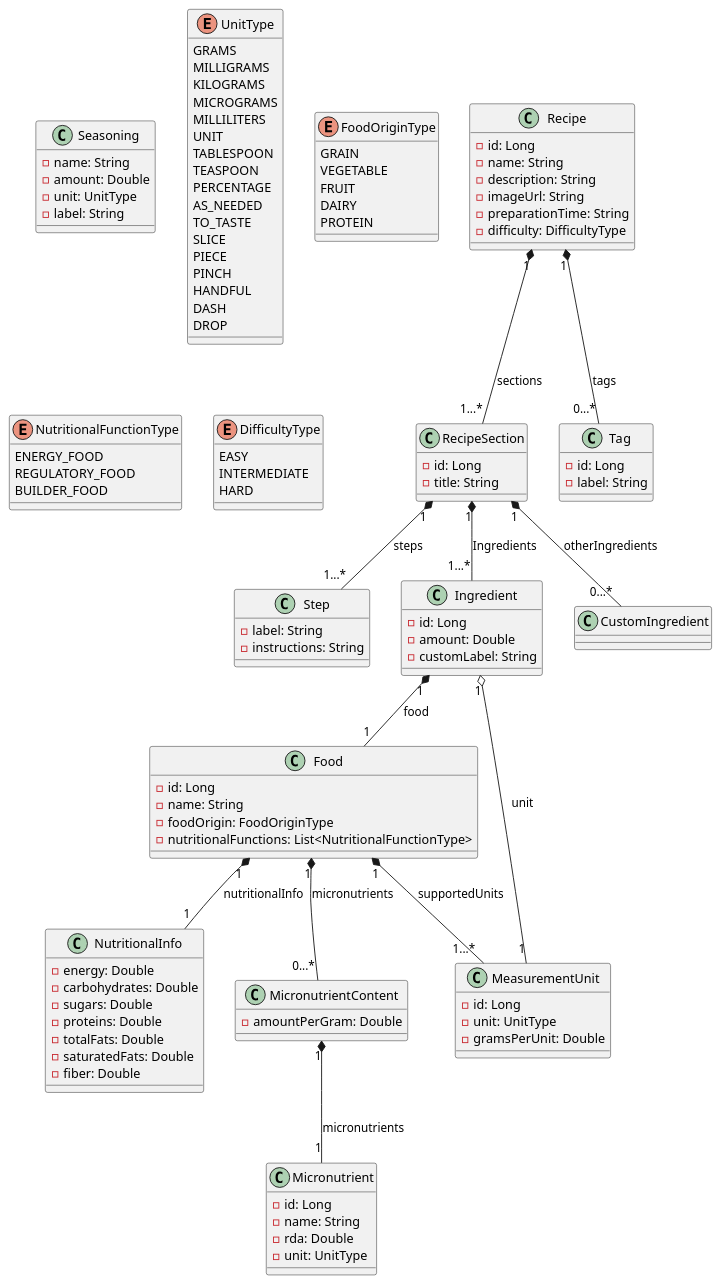
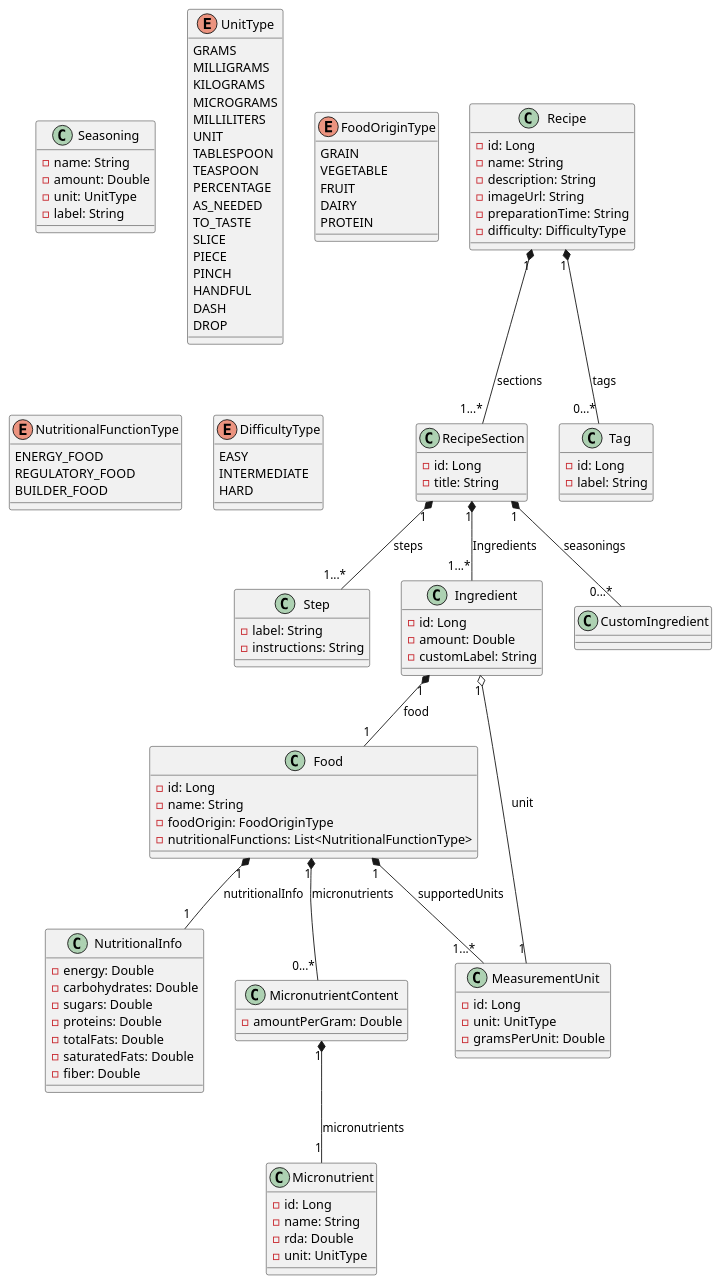
Before and after one commit to RodriLang/calorie-calculator: the diagram in src/main/resources/conceptualDiagram.puml, drawn with PlantUML.

Commit message:
seasoning in diagram

```diff
--- a/src/main/resources/conceptualDiagram.puml
+++ b/src/main/resources/conceptualDiagram.puml
@@ -1,126 +1,126 @@
 @startuml
 
 class Recipe {
     - id: Long
     - name: String
     - description: String
     - imageUrl: String
     - preparationTime: String
     - difficulty: DifficultyType
 }
 Recipe "1" *-- "1...*" RecipeSection : sections
 Recipe "1" *-- "0...*" Tag : tags
 
 class Tag {
     - id: Long
     - label: String
 }
 
 class RecipeSection {
     - id: Long
     - title: String
 }
 RecipeSection "1" *-- "1...*" Step : steps
 RecipeSection "1" *-- "1...*" Ingredient : Ingredients
-RecipeSection "1" *-- "0...*" CustomIngredient : otherIngredients
+RecipeSection "1" *-- "0...*" CustomIngredient : seasonings
 
 class Step {
     - label: String
     - instructions: String
 }
 
 class Ingredient {
     - id: Long
     - amount: Double
     - customLabel: String
 }
 Ingredient "1" *-- "1" Food : food
 Ingredient "1" o-- "1" MeasurementUnit : unit
 
 class Seasoning {
     - name: String
     - amount: Double
     - unit: UnitType
     - label: String
 }
 
 class Food {
     - id: Long
     - name: String
     - foodOrigin: FoodOriginType
     - nutritionalFunctions: List<NutritionalFunctionType>
 }
 Food "1" *-- "1" NutritionalInfo : nutritionalInfo
 Food "1" *-- "1...*" MeasurementUnit : supportedUnits
 Food "1" *-- "0...*" MicronutrientContent : micronutrients
 
 class NutritionalInfo {
     - energy: Double
     - carbohydrates: Double
     - sugars: Double
     - proteins: Double
     - totalFats: Double
     - saturatedFats: Double
     - fiber: Double
 }
 
 class MicronutrientContent {
     - amountPerGram: Double
 }
 MicronutrientContent "1" *-- "1" Micronutrient : micronutrients
 
 class Micronutrient {
     - id: Long
     - name: String
     - rda: Double
         ' recommendedDietaryAllowance
     - unit: UnitType
 }
 
 class MeasurementUnit {
     - id: Long
     - unit: UnitType
     - gramsPerUnit: Double
 }
 
 enum UnitType {
     GRAMS
     MILLIGRAMS
     KILOGRAMS
     MICROGRAMS
     MILLILITERS
     UNIT
     TABLESPOON
     TEASPOON
     PERCENTAGE
     AS_NEEDED
     TO_TASTE
     SLICE
     PIECE
     PINCH
     HANDFUL
     DASH
     DROP
 }
 
 enum FoodOriginType {
     GRAIN
     VEGETABLE
     FRUIT
     DAIRY
     PROTEIN
 }
 
 enum NutritionalFunctionType {
     ENERGY_FOOD
     REGULATORY_FOOD
     BUILDER_FOOD
 }
 
 enum DifficultyType {
     EASY
     INTERMEDIATE
     HARD
 }
 
 @enduml
```
